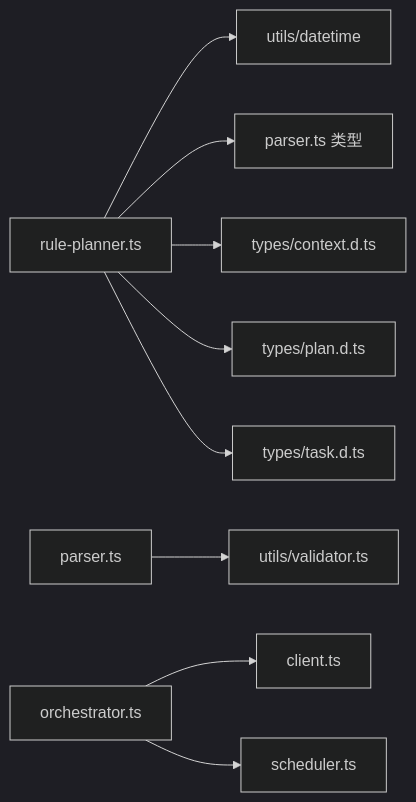
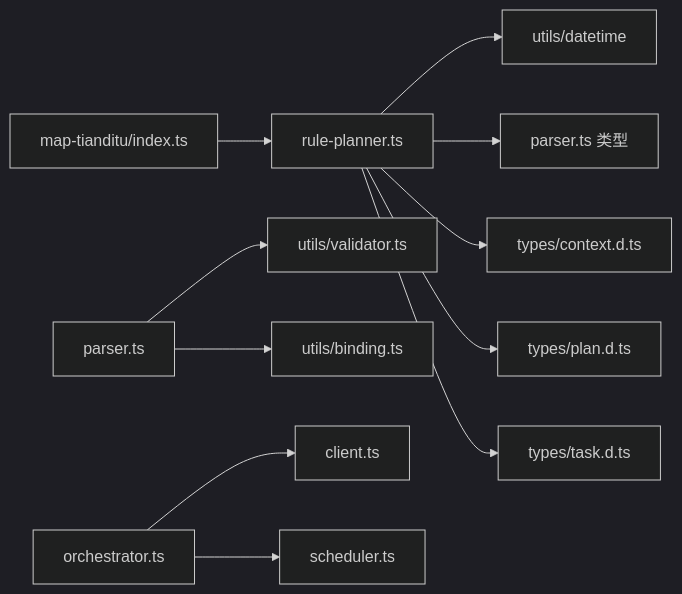
One commit to Ichi-Hackton/WAIC-WeChat-MiniProgram changed the eighth of 8 diagrams in .qoder/repowiki/zh/content/LLM集成/规则规划器.md. Above: the diagram before and after it, drawn with Mermaid (dark theme). The commit also changed other lines of this file and 28 other files, not shown here.

````diff
--- a/.qoder/repowiki/zh/content/LLM集成/规则规划器.md
+++ b/.qoder/repowiki/zh/content/LLM集成/规则规划器.md
@@ -402,11 +467,13 @@
 ```mermaid
 graph LR
 RulePlanner["rule-planner.ts"] --> Datetime["utils/datetime"]
 RulePlanner --> ParserTypes["parser.ts 类型"]
 RulePlanner --> ContextTypes["types/context.d.ts"]
 RulePlanner --> PlanTypes["types/plan.d.ts"]
 RulePlanner --> TaskTypes["types/task.d.ts"]
 Parser["parser.ts"] --> Validator["utils/validator.ts"]
+Parser --> Binding["utils/binding.ts"]
 Orchestrator["orchestrator.ts"] --> Client["client.ts"]
 Orchestrator --> Scheduler["scheduler.ts"]
+MapSkill["map-tianditu/index.ts"] --> RulePlanner
 ```
````
